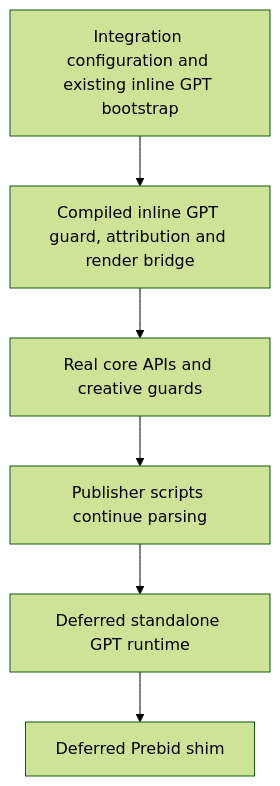
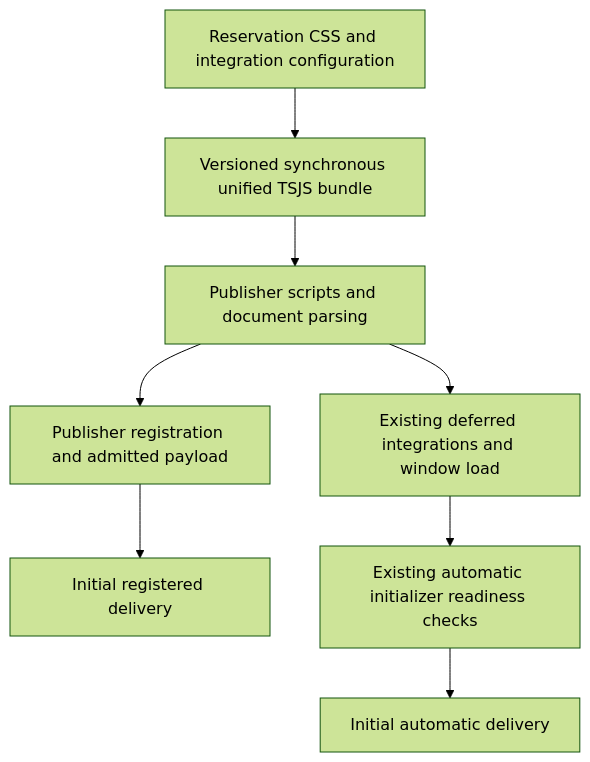
The first of 2 diagrams in docs/guide/integrations/gpt.md (IABTechLab/trusted-server), drawn with Mermaid (forest theme) before and after one commit. The commit also changed other lines of this file and 14 other files, not shown here.

Commit message:
Use cacheable unified startup for supported GPT profiles

````diff
--- a/docs/guide/integrations/gpt.md
+++ b/docs/guide/integrations/gpt.md
@@ -102,8 +100,10 @@
 ```mermaid
 flowchart TD
-    A[Integration configuration and existing inline GPT bootstrap] --> B[Compiled inline GPT guard, attribution and render bridge]
-    B --> C[Real core APIs and creative guards]
-    C --> D[Publisher scripts continue parsing]
-    D --> E[Deferred standalone GPT runtime]
-    E --> F[Deferred Prebid shim]
+    A[Reservation CSS and integration configuration] --> B[Versioned synchronous unified TSJS bundle]
+    B --> C[Publisher scripts and document parsing]
+    C --> D[Publisher registration and admitted payload]
+    D --> E[Initial registered delivery]
+    C --> F[Existing deferred integrations and window load]
+    F --> G[Existing automatic initializer readiness checks]
+    G --> H[Initial automatic delivery]
 ```
````
